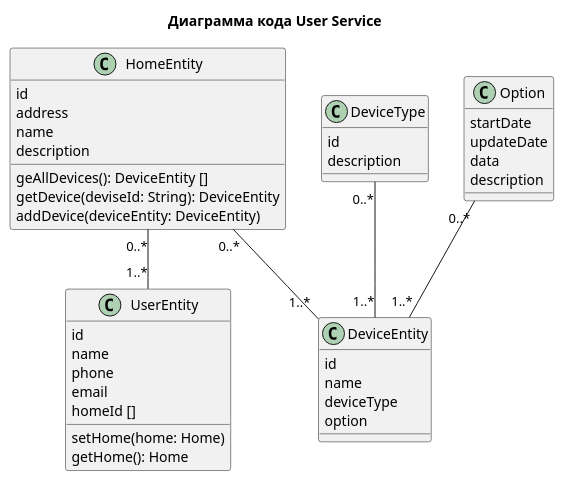
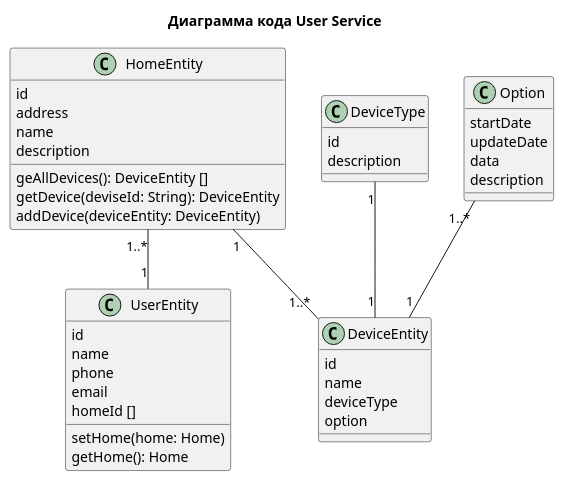
One commit to markovkaDada/architecture-sprint-3 changed the diagram in code.puml. Above: the diagram before and after it, drawn with PlantUML. The commit also changed 3 other files, not shown here.

```diff
--- a/code.puml
+++ b/code.puml
@@ -1,49 +1,48 @@
 @startuml
 
 title Диаграмма кода User Service
 
 class UserEntity  {
     id
     name
     phone
     email
     homeId []
     setHome(home: Home)
     getHome(): Home
 }
 
 class HomeEntity {
     id
     address
     name
     description
     geAllDevices(): DeviceEntity []
     getDevice(deviseId: String): DeviceEntity
     addDevice(deviceEntity: DeviceEntity)
 }
 
 class DeviceType {
     id
     description
 }
 
 class DeviceEntity {
     id
     name
     deviceType
     option
 }
 
 class Option {
   startDate
   updateDate
   data
   description
 }
-
-HomeEntity "0..*" -- "1..*" DeviceEntity
-HomeEntity "0..*" -- "1..*" UserEntity
-Option "0..*" -- "1..*" DeviceEntity
-DeviceType "0..*" -- "1..*" DeviceEntity
+HomeEntity "1..*" -- "1" UserEntity
+HomeEntity "1" -- "1..*" DeviceEntity
+Option "1..*" -- "1" DeviceEntity
+DeviceType "1" -- "1" DeviceEntity
 
 @enduml
```
